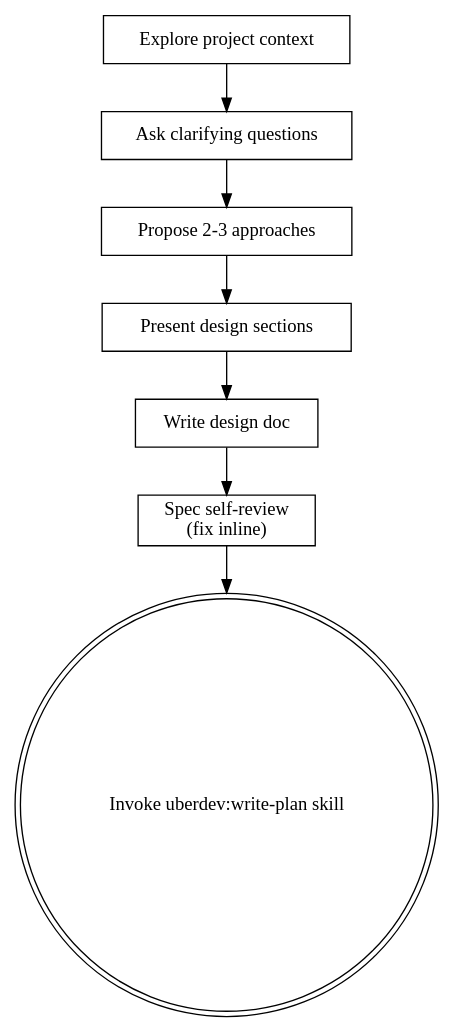
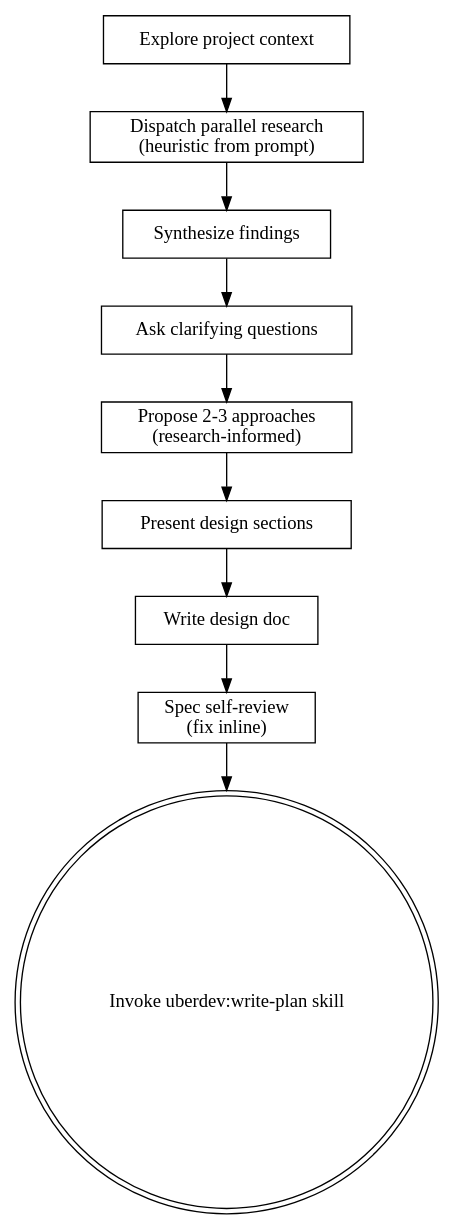
Before and after one commit to TheFJK/UberDev: the diagram in plugins/uberdev/skills/brainstorm/SKILL.md, drawn with Graphviz. The commit also changed other lines of this file and 1 other file, not shown here.

````diff
--- a/plugins/uberdev/skills/brainstorm/SKILL.md
+++ b/plugins/uberdev/skills/brainstorm/SKILL.md
@@ -33,18 +36,22 @@
 ```dot
 digraph brainstorming {
     "Explore project context" [shape=box];
+    "Dispatch parallel research\n(heuristic from prompt)" [shape=box];
+    "Synthesize findings" [shape=box];
     "Ask clarifying questions" [shape=box];
-    "Propose 2-3 approaches" [shape=box];
+    "Propose 2-3 approaches\n(research-informed)" [shape=box];
     "Present design sections" [shape=box];
     "Write design doc" [shape=box];
     "Spec self-review\n(fix inline)" [shape=box];
     "Invoke uberdev:write-plan skill" [shape=doublecircle];
 
-    "Explore project context" -> "Ask clarifying questions";
-    "Ask clarifying questions" -> "Propose 2-3 approaches";
-    "Propose 2-3 approaches" -> "Present design sections";
+    "Explore project context" -> "Dispatch parallel research\n(heuristic from prompt)";
+    "Dispatch parallel research\n(heuristic from prompt)" -> "Synthesize findings";
+    "Synthesize findings" -> "Ask clarifying questions";
+    "Ask clarifying questions" -> "Propose 2-3 approaches\n(research-informed)";
+    "Propose 2-3 approaches\n(research-informed)" -> "Present design sections";
     "Present design sections" -> "Write design doc";
     "Write design doc" -> "Spec self-review\n(fix inline)";
     "Spec self-review\n(fix inline)" -> "Invoke uberdev:write-plan skill";
 }
 ```
````
